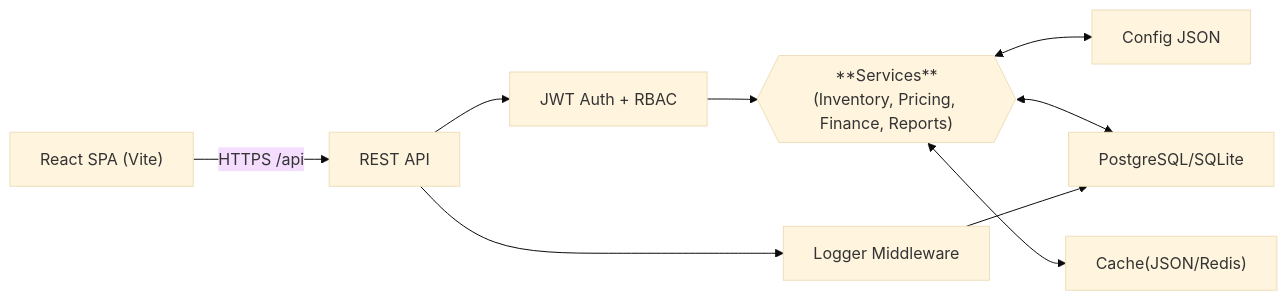
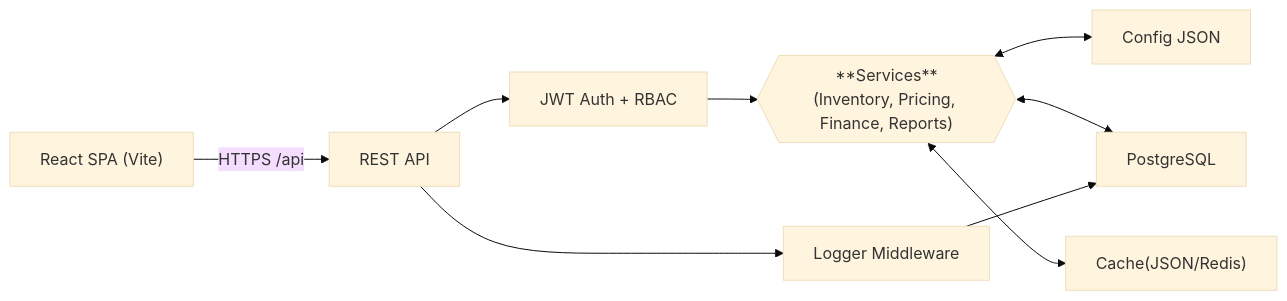
One commit to lihaozhe013/tradeflow-core changed the diagram in README.md. Above: the diagram before and after it, drawn with Mermaid (base theme). The commit also changed other lines of this file and 4 other files, not shown here.

````diff
--- a/README.md
+++ b/README.md
@@ -28,10 +27,10 @@
 ```mermaid
 flowchart LR
   Frontend["React SPA (Vite)"] -->|HTTPS /api| API["REST API"]
   API --> Auth["JWT Auth + RBAC"]
   Auth --> Services{{"**Services**<br>(Inventory, Pricing, Finance, Reports)"}}
   Services <--> Config["Config JSON"]
-  Services <--> DB[("PostgreSQL/SQLite")]
+  Services <--> DB[("PostgreSQL")]
   Services <--> Cache["Cache(JSON/Redis)"]
-  API --> Logging["Logger Middleware"] --> DB["PostgreSQL/SQLite"]
+  API --> Logging["Logger Middleware"] --> DB["PostgreSQL"]
 ```
````
